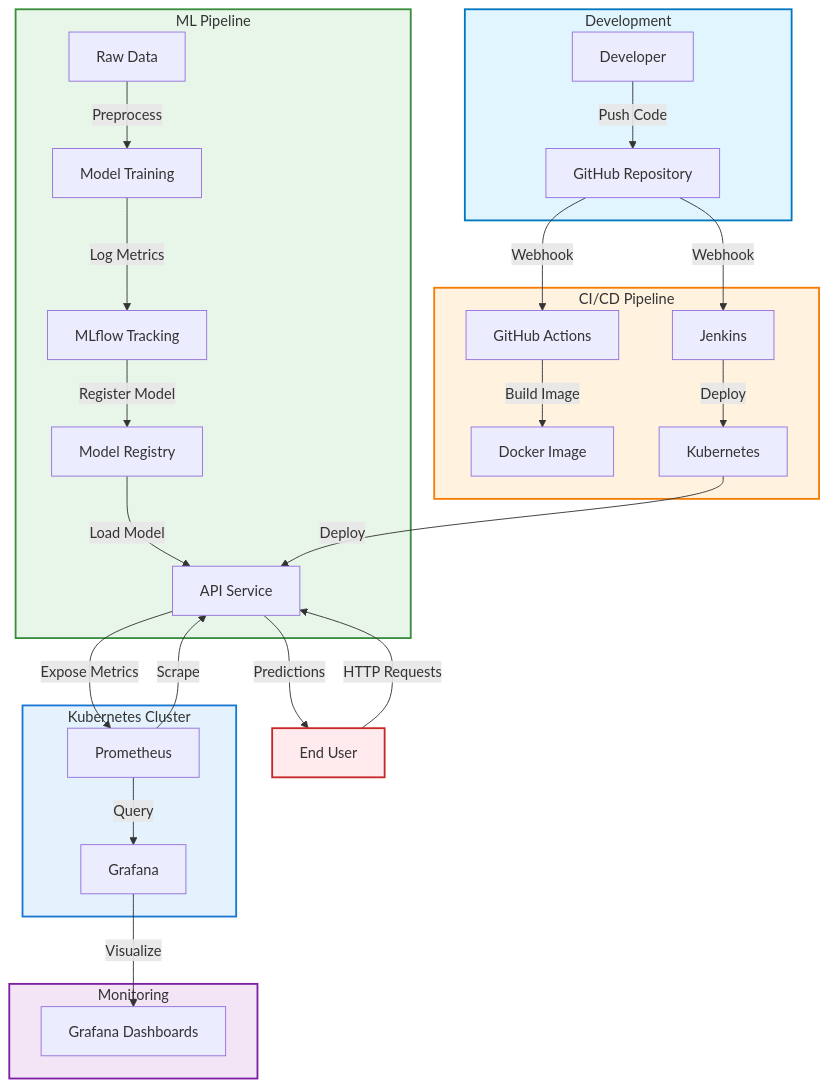
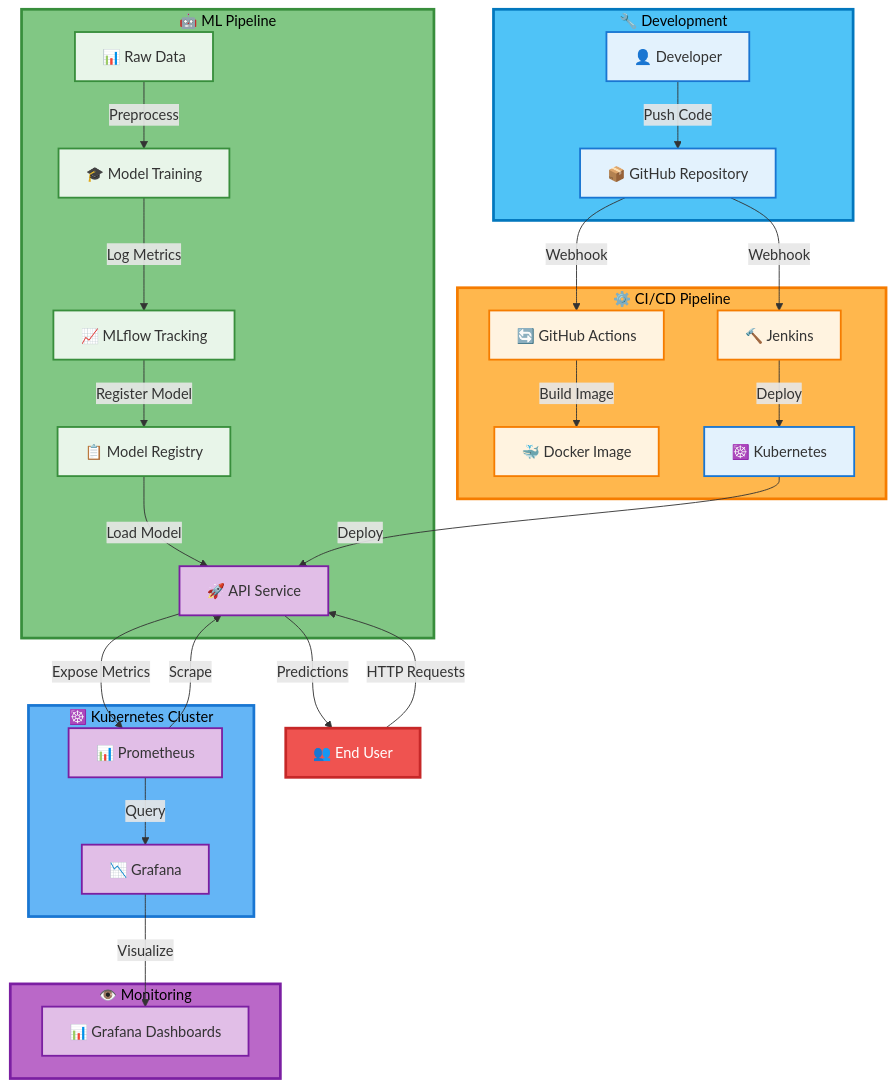
The first of 9 diagrams in README.md (2024aa05820/heart-disease-mlops), drawn with Mermaid before and after one commit. The commit also changed other lines of this file, not shown here.

First line of the commit message:
Enhance Mermaid diagrams with vibrant colors and better visibility

````diff
--- a/README.md
+++ b/README.md
@@ -60,41 +60,55 @@
 ```mermaid
 graph TB
-    subgraph DEV_GRP["Development"]
-        DEV["Developer"] -->|Push Code| GIT["GitHub Repository"]
+    subgraph DEV_GRP["🔧 Development"]
+        DEV["👤 Developer"] -->|Push Code| GIT["📦 GitHub Repository"]
     end
     
-    subgraph CICD["CI/CD Pipeline"]
-        GIT -->|Webhook| GA["GitHub Actions"]
-        GIT -->|Webhook| JEN["Jenkins"]
-        GA -->|Build Image| DOCKER["Docker Image"]
-        JEN -->|Deploy| K8S["Kubernetes"]
+    subgraph CICD["⚙️ CI/CD Pipeline"]
+        GIT -->|Webhook| GA["🔄 GitHub Actions"]
+        GIT -->|Webhook| JEN["🔨 Jenkins"]
+        GA -->|Build Image| DOCKER["🐳 Docker Image"]
+        JEN -->|Deploy| K8S["☸️ Kubernetes"]
     end
     
-    subgraph ML["ML Pipeline"]
-        DATA["Raw Data"] -->|Preprocess| TRAIN["Model Training"]
-        TRAIN -->|Log Metrics| MLFLOW["MLflow Tracking"]
-        MLFLOW -->|Register Model| REGISTRY["Model Registry"]
-        REGISTRY -->|Load Model| API["API Service"]
+    subgraph ML["🤖 ML Pipeline"]
+        DATA["📊 Raw Data"] -->|Preprocess| TRAIN["🎓 Model Training"]
+        TRAIN -->|Log Metrics| MLFLOW["📈 MLflow Tracking"]
+        MLFLOW -->|Register Model| REGISTRY["📋 Model Registry"]
+        REGISTRY -->|Load Model| API["🚀 API Service"]
     end
     
-    subgraph K8S_GRP["Kubernetes Cluster"]
+    subgraph K8S_GRP["☸️ Kubernetes Cluster"]
         K8S -->|Deploy| API
-        API -->|Expose Metrics| PROM["Prometheus"]
-        PROM -->|Query| GRAF["Grafana"]
+        API -->|Expose Metrics| PROM["📊 Prometheus"]
+        PROM -->|Query| GRAF["📉 Grafana"]
     end
     
-    subgraph MON_GRP["Monitoring"]
+    subgraph MON_GRP["👁️ Monitoring"]
         PROM -->|Scrape| API
-        GRAF -->|Visualize| DASH["Grafana Dashboards"]
+        GRAF -->|Visualize| DASH["📊 Grafana Dashboards"]
     end
     
-    USER["End User"] -->|HTTP Requests| API
+    USER["👥 End User"] -->|HTTP Requests| API
     API -->|Predictions| USER
     
-    style DEV_GRP fill:#e1f5ff,stroke:#0277bd,stroke-width:2px
-    style CICD fill:#fff3e0,stroke:#f57c00,stroke-width:2px
-    style ML fill:#e8f5e9,stroke:#388e3c,stroke-width:2px
-    style K8S_GRP fill:#e3f2fd,stroke:#1976d2,stroke-width:2px
-    style MON_GRP fill:#f3e5f5,stroke:#7b1fa2,stroke-width:2px
-    style USER fill:#ffebee,stroke:#c62828,stroke-width:2px
+    style DEV_GRP fill:#4FC3F7,stroke:#0277BD,stroke-width:3px,color:#000
+    style CICD fill:#FFB74D,stroke:#F57C00,stroke-width:3px,color:#000
+    style ML fill:#81C784,stroke:#388E3C,stroke-width:3px,color:#000
+    style K8S_GRP fill:#64B5F6,stroke:#1976D2,stroke-width:3px,color:#000
+    style MON_GRP fill:#BA68C8,stroke:#7B1FA2,stroke-width:3px,color:#000
+    style USER fill:#EF5350,stroke:#C62828,stroke-width:3px,color:#FFF
+    style DEV fill:#E3F2FD,stroke:#1976D2,stroke-width:2px
+    style GIT fill:#E3F2FD,stroke:#1976D2,stroke-width:2px
+    style GA fill:#FFF3E0,stroke:#F57C00,stroke-width:2px
+    style JEN fill:#FFF3E0,stroke:#F57C00,stroke-width:2px
+    style DOCKER fill:#FFF3E0,stroke:#F57C00,stroke-width:2px
+    style K8S fill:#E3F2FD,stroke:#1976D2,stroke-width:2px
+    style DATA fill:#E8F5E9,stroke:#388E3C,stroke-width:2px
+    style TRAIN fill:#E8F5E9,stroke:#388E3C,stroke-width:2px
+    style MLFLOW fill:#E8F5E9,stroke:#388E3C,stroke-width:2px
+    style REGISTRY fill:#E8F5E9,stroke:#388E3C,stroke-width:2px
+    style API fill:#E1BEE7,stroke:#7B1FA2,stroke-width:2px
+    style PROM fill:#E1BEE7,stroke:#7B1FA2,stroke-width:2px
+    style GRAF fill:#E1BEE7,stroke:#7B1FA2,stroke-width:2px
+    style DASH fill:#E1BEE7,stroke:#7B1FA2,stroke-width:2px
 ```
````
